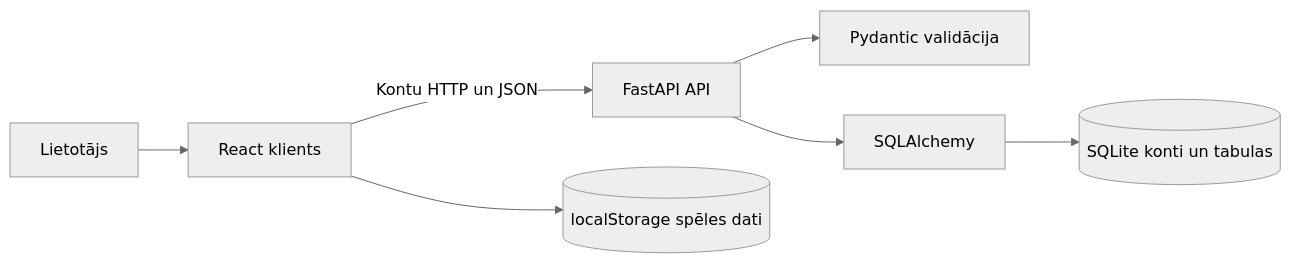
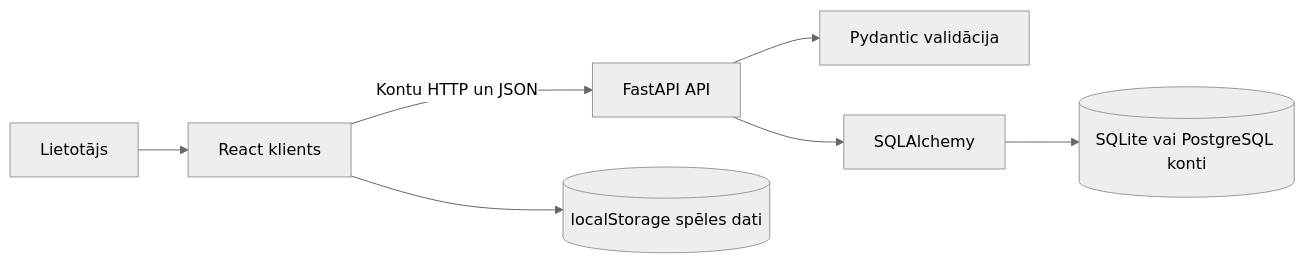
Before and after one commit to Tigerstar07/macibu-kartites: the first of 2 diagrams in docs/06-arhitektura-un-dati.md, drawn with Mermaid (neutral theme). The commit also changed other lines of this file and 7 other files, not shown here.

````diff
--- a/docs/06-arhitektura-un-dati.md
+++ b/docs/06-arhitektura-un-dati.md
@@ -7,9 +7,9 @@
 ```mermaid
 flowchart LR
     U[Lietotājs] --> R[React klients]
     R -->|Kontu HTTP un JSON| A[FastAPI API]
     A --> V[Pydantic validācija]
     A --> S[SQLAlchemy]
-    S --> D[(SQLite konti un tabulas)]
+    S --> D[(SQLite vai PostgreSQL konti)]
     R --> L[(localStorage spēles dati)]
 ```
````
